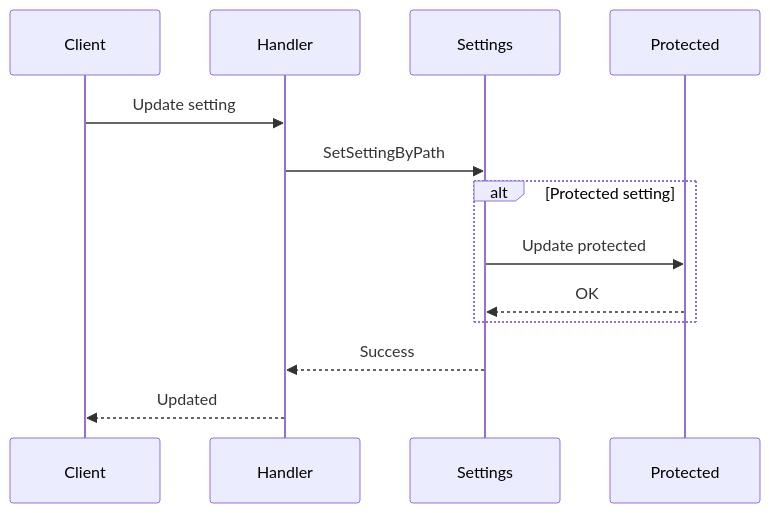
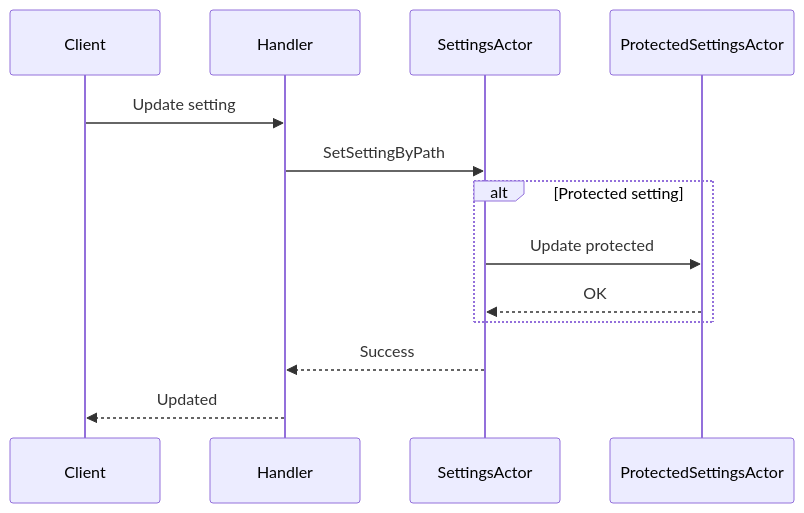
The third of 3 diagrams in docs/server/actors.md (DreamLab-AI/VisionFlow), drawn with Mermaid before and after one commit. The commit also changed other lines of this file and 16 other files, not shown here.

````diff
--- a/docs/server/actors.md
+++ b/docs/server/actors.md
@@ -168,18 +175,18 @@
 ```mermaid
 sequenceDiagram
     participant Client
     participant Handler
-    participant Settings
-    participant Protected
+    participant SettingsActor
+    participant ProtectedSettingsActor
     
     Client->>Handler: Update setting
-    Handler->>Settings: SetSettingByPath
+    Handler->>SettingsActor: SetSettingByPath
     
     alt Protected setting
-        Settings->>Protected: Update protected
-        Protected-->>Settings: OK
+        SettingsActor->>ProtectedSettingsActor: Update protected
+        ProtectedSettingsActor-->>SettingsActor: OK
     end
     
-    Settings-->>Handler: Success
+    SettingsActor-->>Handler: Success
     Handler-->>Client: Updated
 ```
````
